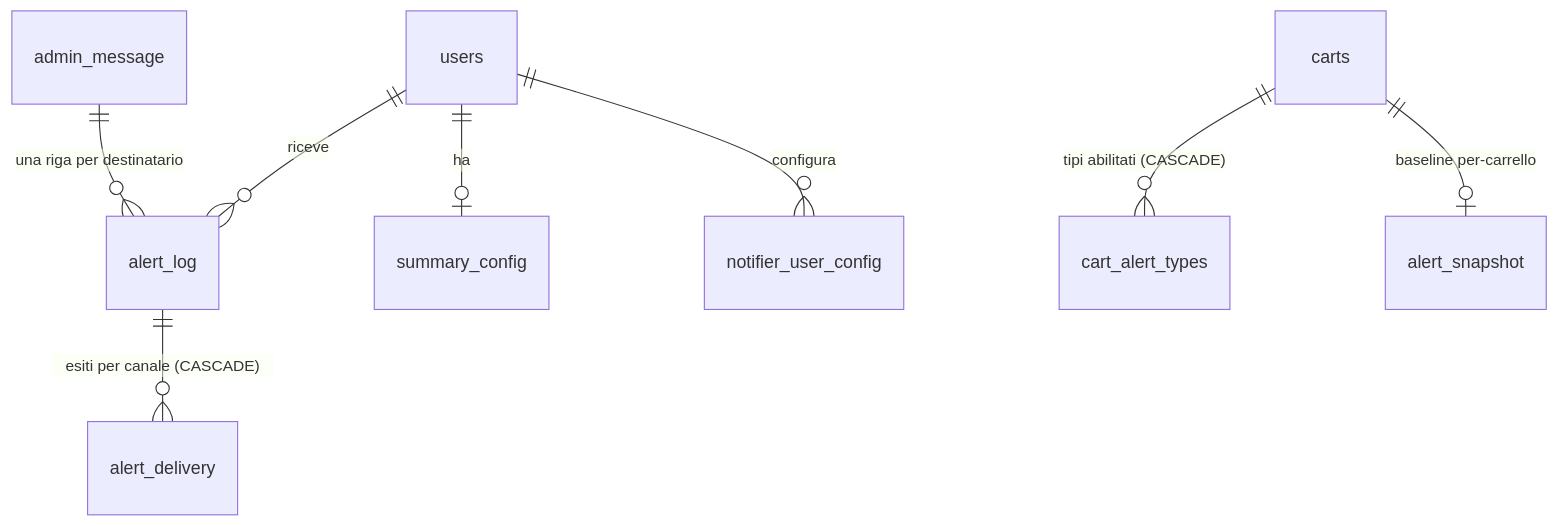
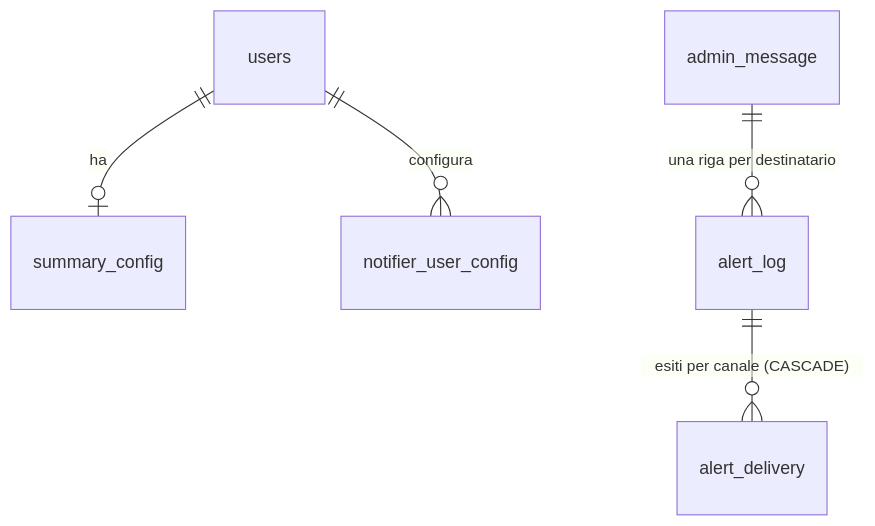
Before and after one commit to caporalesimone/watch-em-all: the diagram in docs-ita/4-capabilities/database/schema.md, drawn with Mermaid. The commit also changed other lines of this file and 19 other files, not shown here.

````diff
--- a/docs-ita/4-capabilities/database/schema.md
+++ b/docs-ita/4-capabilities/database/schema.md
@@ -11,10 +11,7 @@
 ```mermaid
 erDiagram
-    users ||--o{ alert_log : riceve
     users ||--o| summary_config : ha
     users ||--o{ notifier_user_config : configura
-    carts ||--o{ cart_alert_types : "tipi abilitati (CASCADE)"
-    carts ||--o| alert_snapshot : "baseline per-carrello"
     alert_log ||--o{ alert_delivery : "esiti per canale (CASCADE)"
     admin_message ||--o{ alert_log : "una riga per destinatario"
 ```
````
